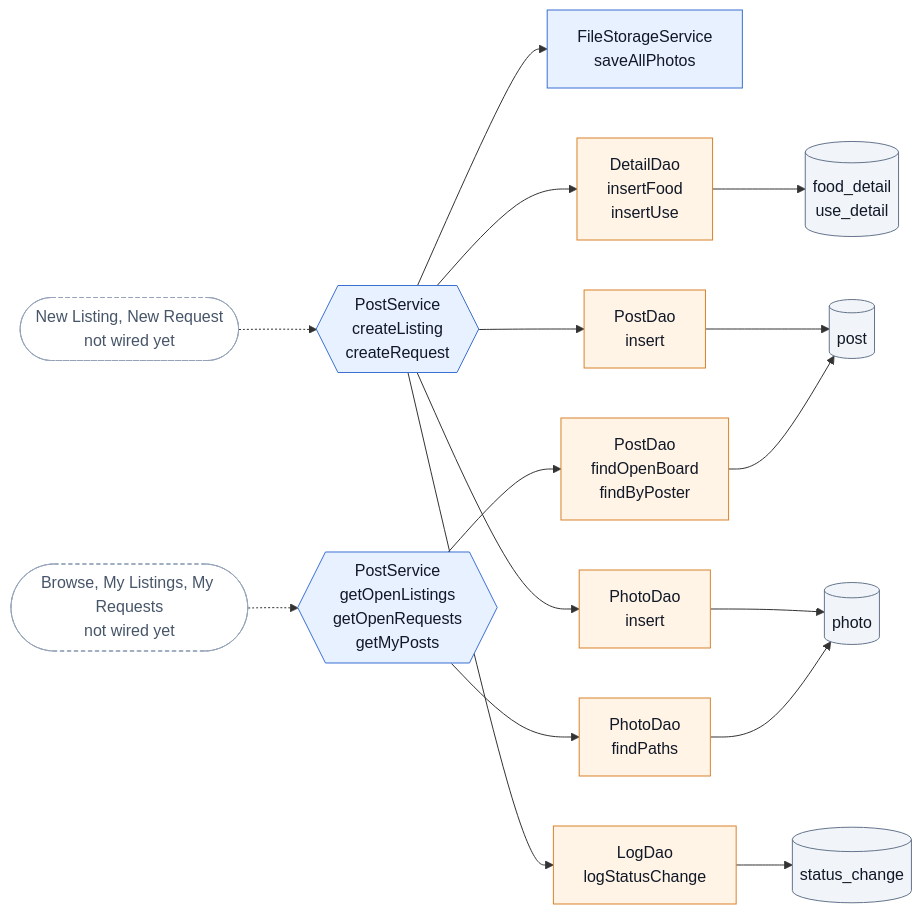
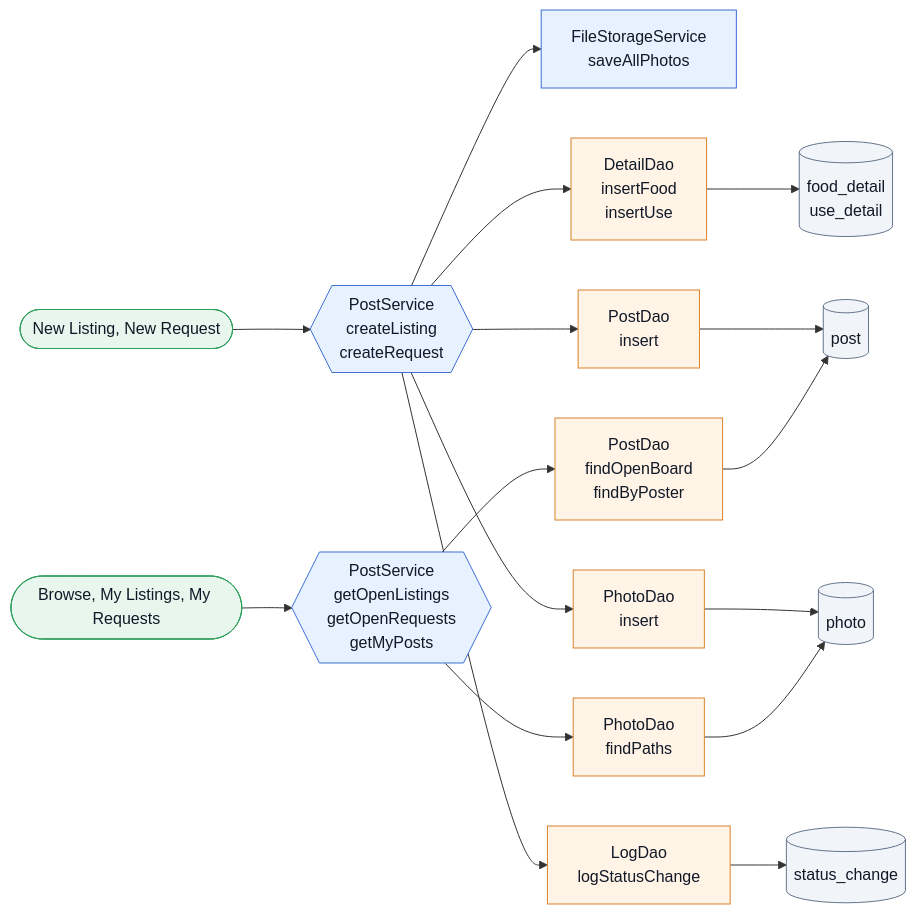
The tenth of 17 diagrams in docs/MAP.md (Az-Zav/ANIPLATO), drawn with Mermaid before and after one commit. The commit also changed other lines of this file and 50 other files, not shown here.

````diff
--- a/docs/MAP.md
+++ b/docs/MAP.md
@@ -761,16 +772,16 @@
 ```mermaid
 flowchart LR
   classDef svc fill:#e8f1ff,stroke:#3b6fd4,color:#111827
   classDef dao fill:#fff4e5,stroke:#d9822b,color:#111827
   classDef tbl fill:#f1f5f9,stroke:#64748b,color:#111827
-  classDef planned fill:#ffffff,stroke:#94a3b8,stroke-dasharray:4 3,color:#475569
-  NL([New Listing, New Request<br/>not wired yet]):::planned -.-> CP{{PostService<br/>createListing<br/>createRequest}}:::svc
+  classDef screen fill:#e8f7ee,stroke:#2f9e5a,color:#111827
+  NL([New Listing, New Request]):::screen --> CP{{PostService<br/>createListing<br/>createRequest}}:::svc
   CP --> FS[FileStorageService<br/>saveAllPhotos]:::svc
   CP --> DD[DetailDao<br/>insertFood<br/>insertUse]:::dao --> TD[(food_detail<br/>use_detail)]:::tbl
   CP --> PD[PostDao<br/>insert]:::dao --> TP[(post)]:::tbl
   CP --> PH[PhotoDao<br/>insert]:::dao --> TF[(photo)]:::tbl
   CP --> LG[LogDao<br/>logStatusChange]:::dao --> TL[(status_change)]:::tbl
-  BR([Browse, My Listings, My Requests<br/>not wired yet]):::planned -.-> GB{{PostService<br/>getOpenListings<br/>getOpenRequests<br/>getMyPosts}}:::svc
+  BR([Browse, My Listings, My Requests]):::screen --> GB{{PostService<br/>getOpenListings<br/>getOpenRequests<br/>getMyPosts}}:::svc
   GB --> PQ[PostDao<br/>findOpenBoard<br/>findByPoster]:::dao --> TP
   GB --> PP[PhotoDao<br/>findPaths]:::dao --> TF
 ```
````
